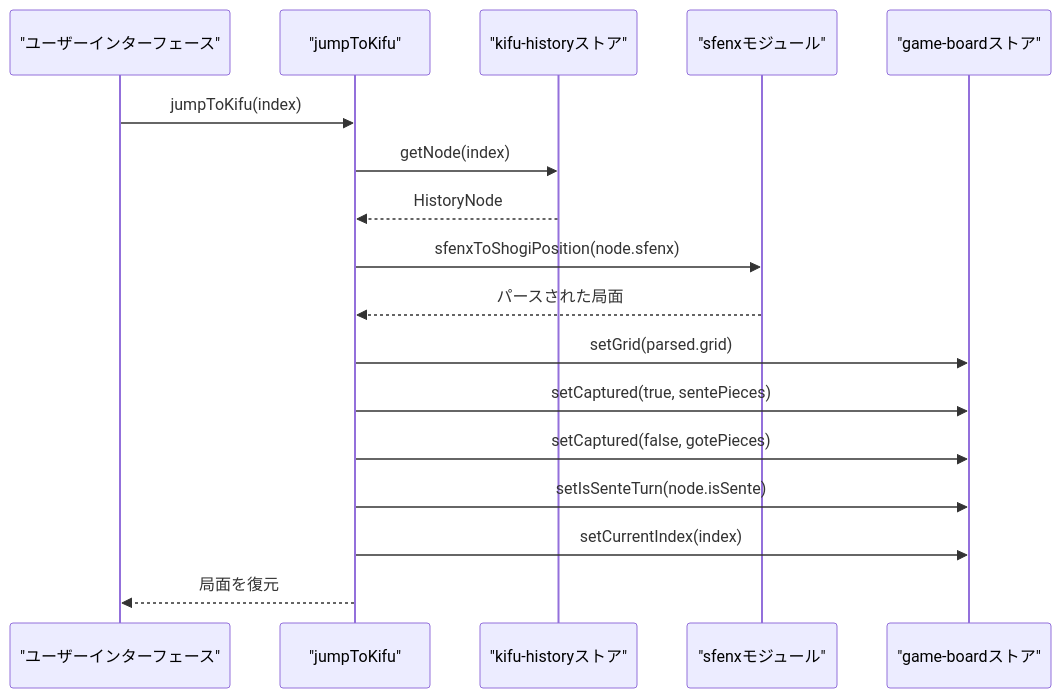
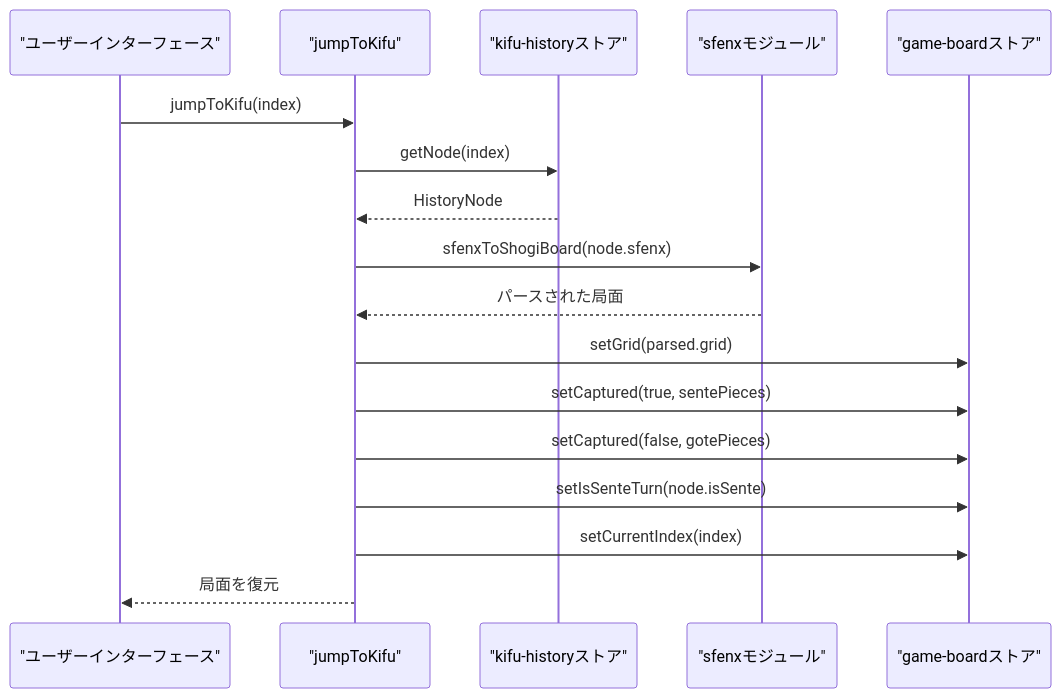
The sixth of 6 diagrams in .qoder/repowiki/ja/content/Core Concepts/SFEN Notation Handling.md (hashiryo/SvelteShogi), drawn with Mermaid before and after one commit. The commit also changed other lines of this file and 17 other files, not shown here.

````diff
--- a/.qoder/repowiki/ja/content/Core Concepts/SFEN Notation Handling.md
+++ b/.qoder/repowiki/ja/content/Core Concepts/SFEN Notation Handling.md
@@ -239,19 +273,19 @@
 ```mermaid
 sequenceDiagram
 participant UI as "ユーザーインターフェース"
 participant Controller as "jumpToKifu"
 participant Store as "kifu-historyストア"
 participant SFENX as "sfenxモジュール"
 participant BoardStore as "game-boardストア"
 UI->>Controller : jumpToKifu(index)
 Controller->>Store : getNode(index)
 Store-->>Controller : HistoryNode
-Controller->>SFENX : sfenxToShogiPosition(node.sfenx)
+Controller->>SFENX : sfenxToShogiBoard(node.sfenx)
 SFENX-->>Controller : パースされた局面
 Controller->>BoardStore : setGrid(parsed.grid)
 Controller->>BoardStore : setCaptured(true, sentePieces)
 Controller->>BoardStore : setCaptured(false, gotePieces)
 Controller->>BoardStore : setIsSenteTurn(node.isSente)
 Controller->>BoardStore : setCurrentIndex(index)
 Controller-->>UI : 局面を復元
 ```
````
